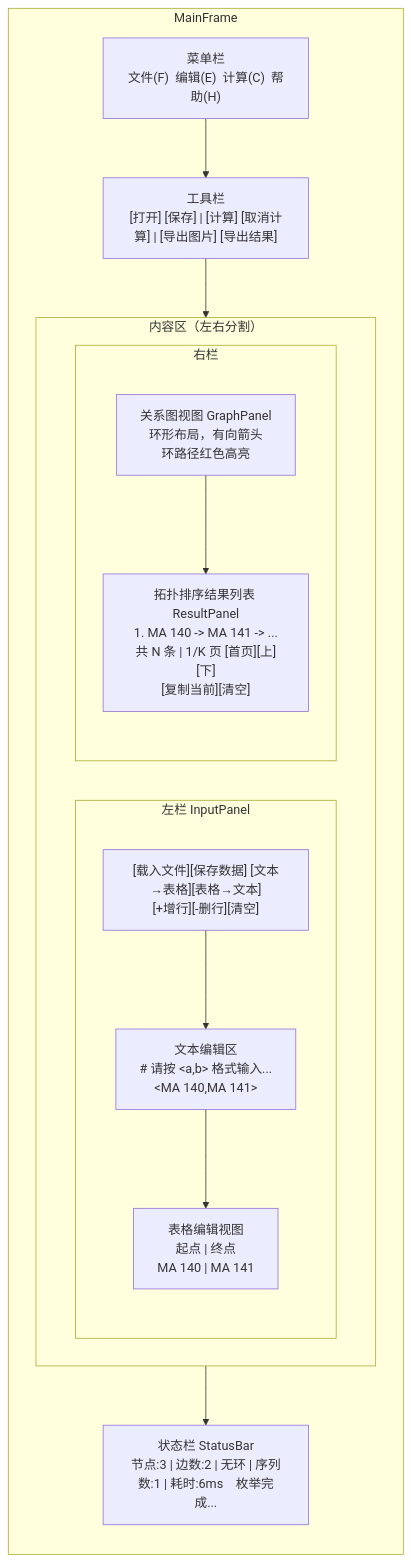
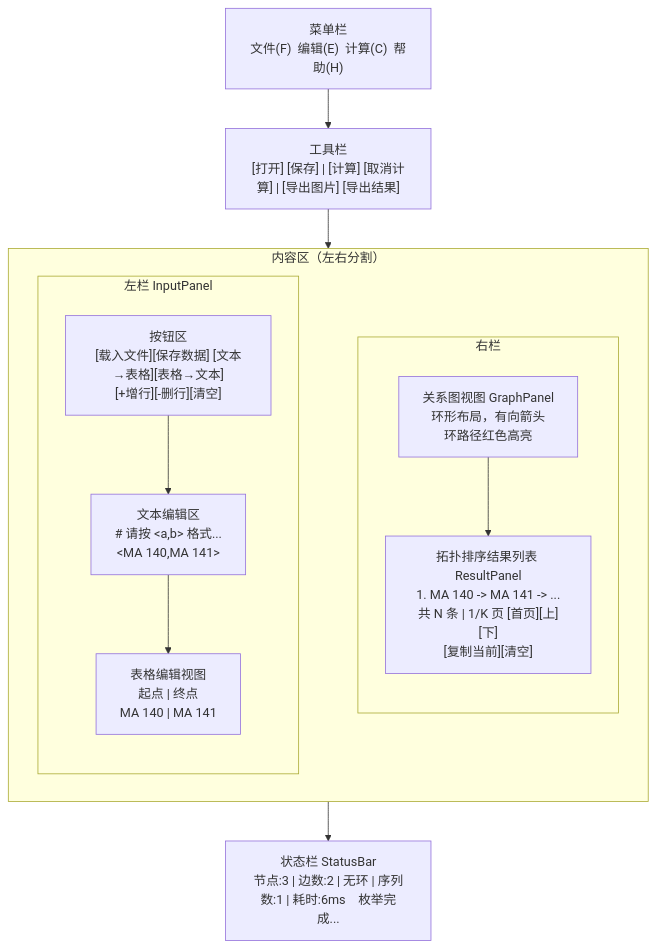
The first of 7 diagrams in docs/详细设计报告-GUI.md (yyj138/topological-sort), drawn with Mermaid before and after one commit.

Commit message:
【T-B】修复§2.1窗口布局Mermaid排版：去掉MainFrame外层subgraph，Left/Right用隐形连接保证左右并排

````diff
--- a/docs/详细设计报告-GUI.md
+++ b/docs/详细设计报告-GUI.md
@@ -45,26 +45,24 @@
 ```mermaid
 flowchart TB
-    subgraph MainFrame
-        direction TB
-        MenuBar["菜单栏<br/>文件(F)  编辑(E)  计算(C)  帮助(H)"]
-        ToolBar["工具栏<br/>[打开] [保存] | [计算] [取消计算] | [导出图片] [导出结果]"]
-        subgraph Content["内容区（左右分割）"]
-            direction LR
-            subgraph Left["左栏 InputPanel"]
-                direction TB
-                Lbtns["[载入文件][保存数据] [文本→表格][表格→文本]<br/>[+增行][-删行][清空]"]
-                TextArea["文本编辑区<br/># 请按 &lt;a,b&gt; 格式输入...<br/>&lt;MA 140,MA 141&gt;"]
-                TableView["表格编辑视图<br/>起点 | 终点<br/>MA 140 | MA 141"]
-                Lbtns --> TextArea --> TableView
-            end
-            subgraph Right["右栏"]
-                direction TB
-                GraphView["关系图视图 GraphPanel<br/>环形布局，有向箭头<br/>环路径红色高亮"]
-                ResultView["拓扑排序结果列表 ResultPanel<br/>1. MA 140 -> MA 141 -> ...<br/>共 N 条 | 1/K 页 [首页][上][下]<br/>[复制当前][清空]"]
-                GraphView --> ResultView
-            end
+    MenuBar["菜单栏<br/>文件(F)  编辑(E)  计算(C)  帮助(H)"]
+    ToolBar["工具栏<br/>[打开] [保存] | [计算] [取消计算] | [导出图片] [导出结果]"]
+    subgraph Content["内容区（左右分割）"]
+        direction LR
+        subgraph Left["左栏 InputPanel"]
+            direction TB
+            Lbtns["按钮区<br/>[载入文件][保存数据] [文本→表格][表格→文本]<br/>[+增行][-删行][清空]"]
+            TextArea["文本编辑区<br/># 请按 &lt;a,b&gt; 格式...<br/>&lt;MA 140,MA 141&gt;"]
+            TableView["表格编辑视图<br/>起点 | 终点<br/>MA 140 | MA 141"]
+            Lbtns --> TextArea --> TableView
         end
-        StatusBar["状态栏 StatusBar<br/>节点:3 | 边数:2 | 无环 | 序列数:1 | 耗时:6ms    枚举完成..."]
-        MenuBar --> ToolBar --> Content --> StatusBar
+        subgraph Right["右栏"]
+            direction TB
+            GraphView["关系图视图 GraphPanel<br/>环形布局，有向箭头<br/>环路径红色高亮"]
+            ResultView["拓扑排序结果列表 ResultPanel<br/>1. MA 140 -> MA 141 -> ...<br/>共 N 条 | 1/K 页 [首页][上][下]<br/>[复制当前][清空]"]
+            GraphView --> ResultView
+        end
+        Left ~~~ Right
     end
+    StatusBar["状态栏 StatusBar<br/>节点:3 | 边数:2 | 无环 | 序列数:1 | 耗时:6ms    枚举完成..."]
+    MenuBar --> ToolBar --> Content --> StatusBar
 ```
````
